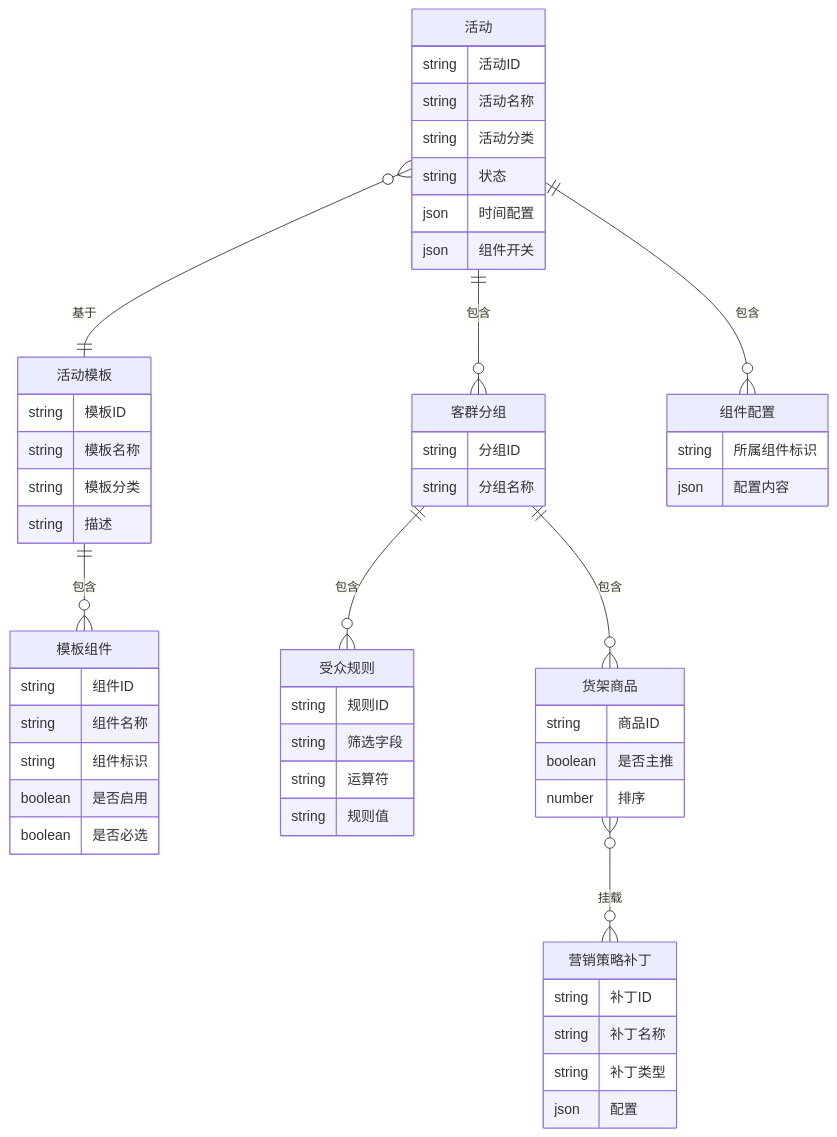
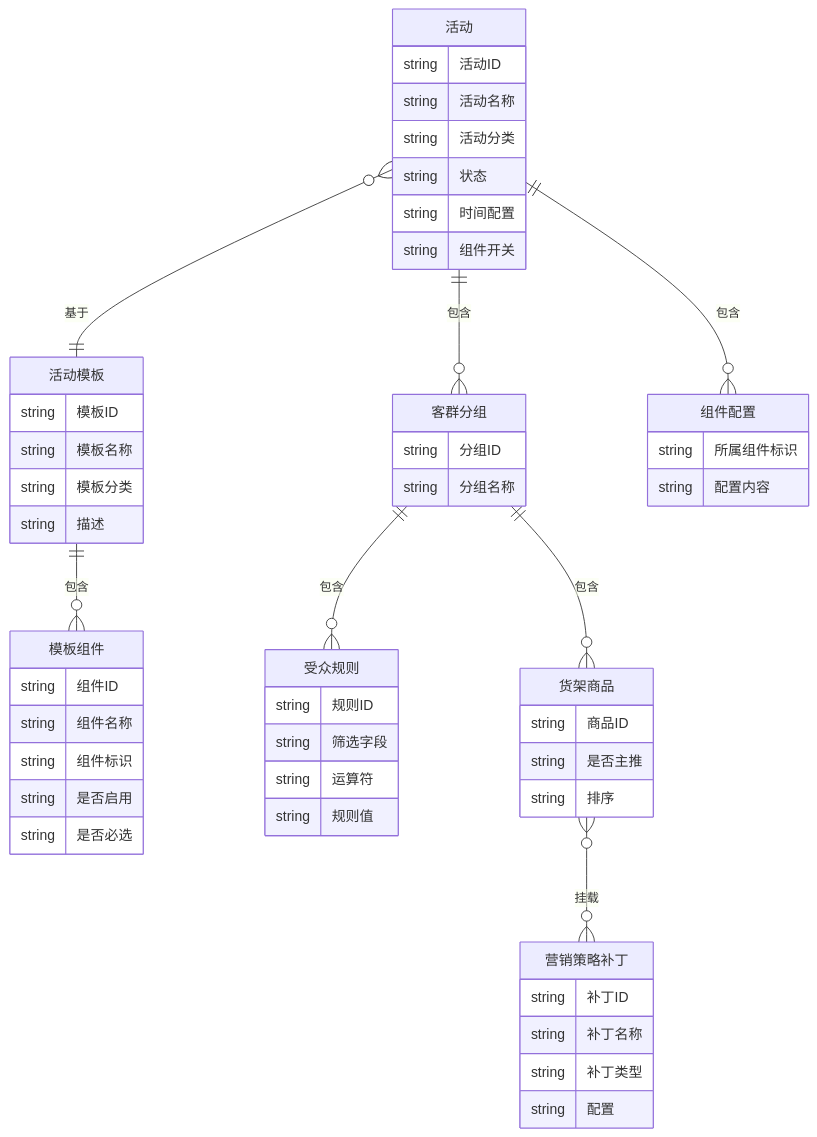
Before and after one commit to zhangjiamin-xiaoyouzi/meiyou-member-benefits: the first of 3 diagrams in prd-member-day.md, drawn with Mermaid. The commit also changed 2 other files, not shown here.

Commit message:
fix: 修复PRD文档E-R图无法渲染的问题
Coze-Commit-Type: user
Coze-User-ID: 1048296225780964
Coze-Conversation-ID: 5042384

````diff
--- a/prd-member-day.md
+++ b/prd-member-day.md
@@ -65,64 +65,64 @@
 ```mermaid
 erDiagram
     活动模板 ||--o{ 模板组件 : 包含
     活动 }o--|| 活动模板 : 基于
     活动 ||--o{ 客群分组 : 包含
     活动 ||--o{ 组件配置 : 包含
     客群分组 ||--o{ 受众规则 : 包含
     客群分组 ||--o{ 货架商品 : 包含
     货架商品 }o--o{ 营销策略补丁 : 挂载
 
     活动模板 {
         string 模板ID
         string 模板名称
         string 模板分类
         string 描述
     }
 
     模板组件 {
         string 组件ID
         string 组件名称
         string 组件标识
-        boolean 是否启用
-        boolean 是否必选
+        string 是否启用
+        string 是否必选
     }
 
     活动 {
         string 活动ID
         string 活动名称
         string 活动分类
         string 状态
-        json 时间配置
-        json 组件开关
+        string 时间配置
+        string 组件开关
     }
 
     组件配置 {
         string 所属组件标识
-        json 配置内容
+        string 配置内容
     }
 
     客群分组 {
         string 分组ID
         string 分组名称
     }
 
     受众规则 {
         string 规则ID
         string 筛选字段
         string 运算符
         string 规则值
     }
 
     货架商品 {
         string 商品ID
-        boolean 是否主推
-        number 排序
+        string 是否主推
+        string 排序
     }
 
     营销策略补丁 {
         string 补丁ID
         string 补丁名称
         string 补丁类型
-        json 配置
+        string 配置
     }
 ```
````
